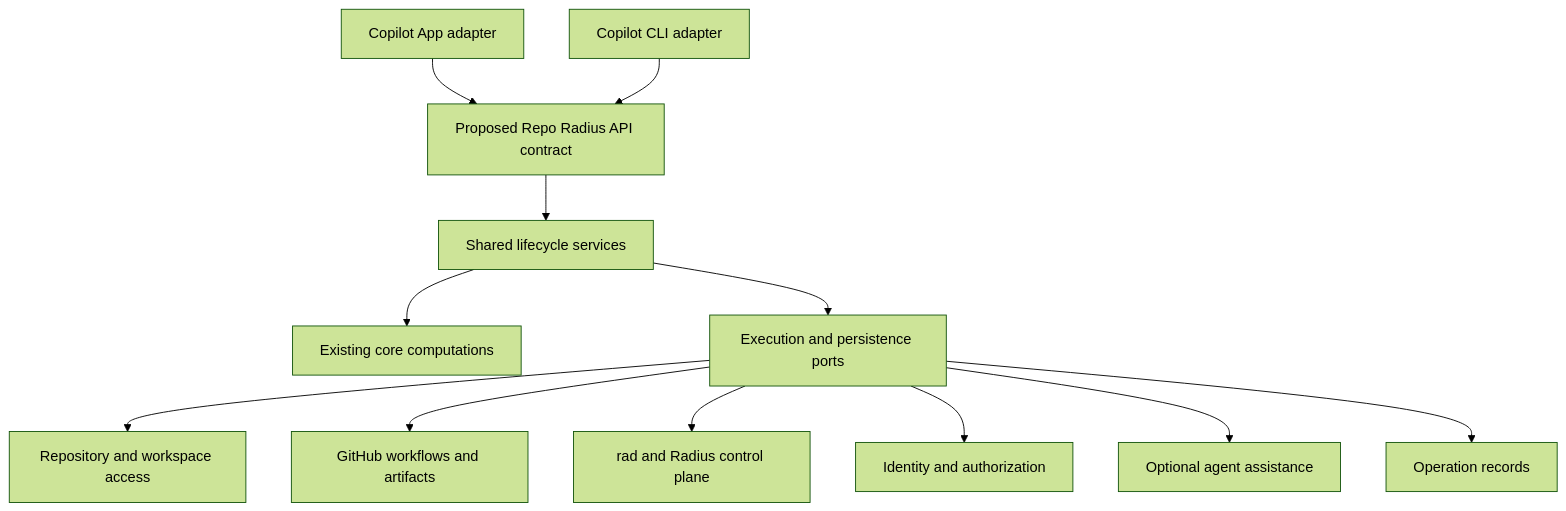
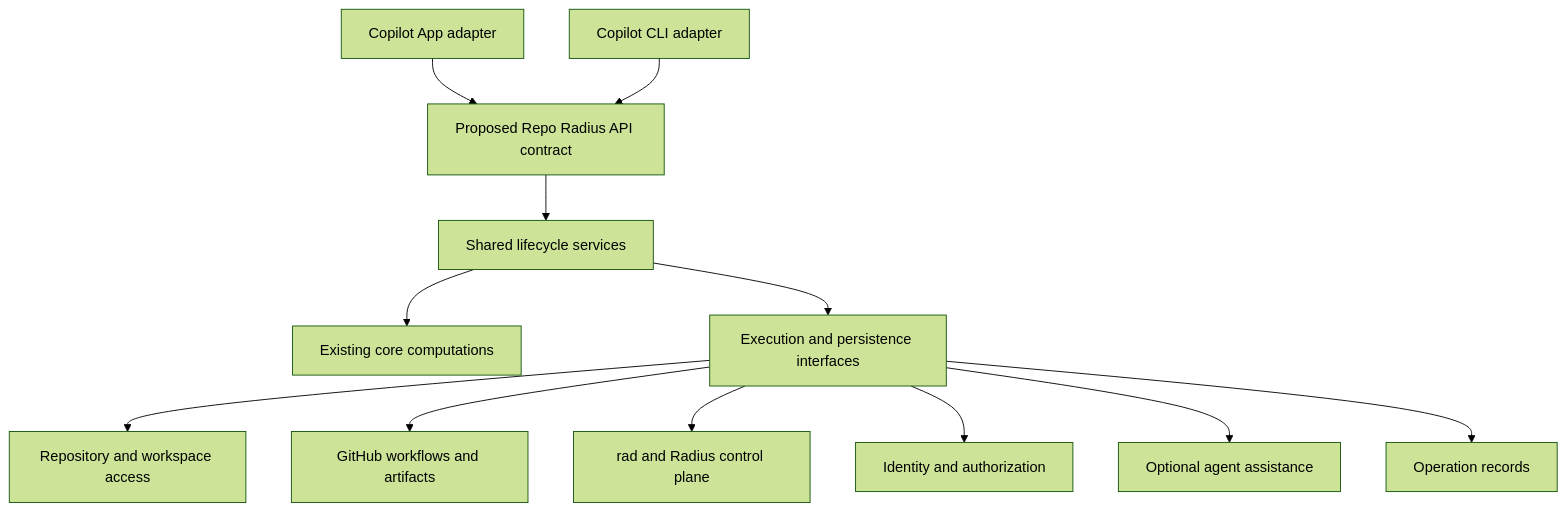
One commit to radius-project/radius changed the second of 4 diagrams in docs/architecture/repo-radius.md. Above: the diagram before and after it, drawn with Mermaid (forest theme). The commit also changed other lines of this file, not shown here.

Commit message:
docs: clarify Repo Radius dependency interfaces

````diff
--- a/docs/architecture/repo-radius.md
+++ b/docs/architecture/repo-radius.md
@@ -87,26 +87,26 @@
 ```mermaid
 graph TD
     App["Copilot App adapter"]
     CLI["Copilot CLI adapter"]
     Contract["Proposed Repo Radius API contract"]
     Services["Shared lifecycle services"]
     Core["Existing core computations"]
-    Ports["Execution and persistence ports"]
+    Interfaces["Execution and persistence interfaces"]
     Source["Repository and workspace access"]
     GitHub["GitHub workflows and artifacts"]
     Rad["rad and Radius control plane"]
     Identity["Identity and authorization"]
     Agent["Optional agent assistance"]
     Store["Operation records"]
     App --> Contract
     CLI --> Contract
     Contract --> Services
     Services --> Core
-    Services --> Ports
-    Ports --> Source
-    Ports --> GitHub
-    Ports --> Rad
-    Ports --> Identity
-    Ports --> Agent
-    Ports --> Store
+    Services --> Interfaces
+    Interfaces --> Source
+    Interfaces --> GitHub
+    Interfaces --> Rad
+    Interfaces --> Identity
+    Interfaces --> Agent
+    Interfaces --> Store
 ```
````
